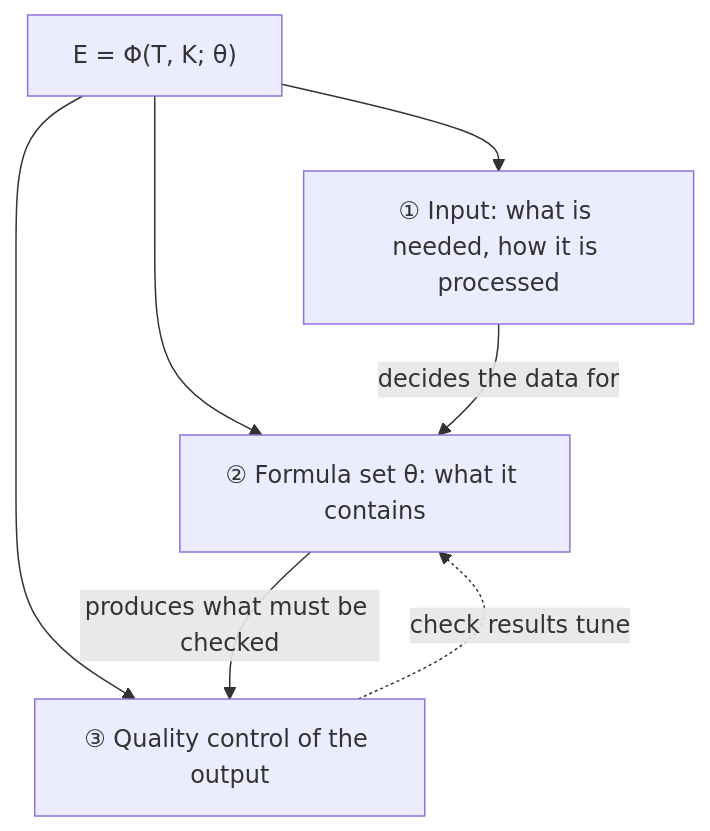
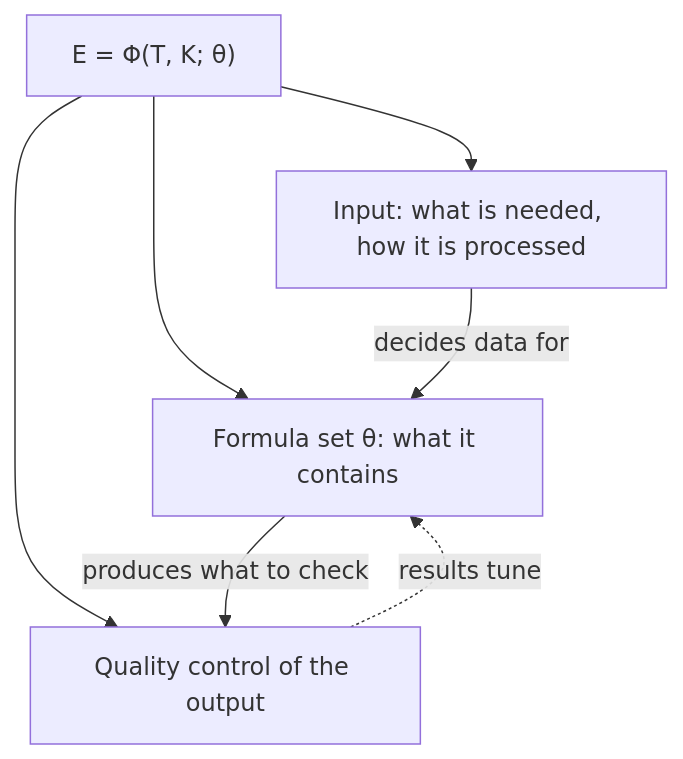
The third of 16 diagrams in docs/ct-slide-plan.en.md (ndmhuy/ASTRA), drawn with Mermaid before and after one commit. The commit also changed other lines of this file and 1 other file, not shown here.

````diff
--- a/docs/ct-slide-plan.en.md
+++ b/docs/ct-slide-plan.en.md
@@ -227,13 +187,13 @@
 ```mermaid
 flowchart TD
     ROOT["E = Φ(T, K; θ)"]
-    A["① Input: what is needed, how it is processed"]
-    B["② Formula set θ: what it contains"]
-    C["③ Quality control of the output"]
+    A["Input: what is needed, how it is processed"]
+    B["Formula set θ: what it contains"]
+    C["Quality control of the output"]
     ROOT --> A
     ROOT --> B
     ROOT --> C
-    A -- "decides the data for" --> B
-    B -- "produces what must be checked" --> C
-    C -. "check results tune" .-> B
+    A -- "decides data for" --> B
+    B -- "produces what to check" --> C
+    C -. "results tune" .-> B
 ```
````
